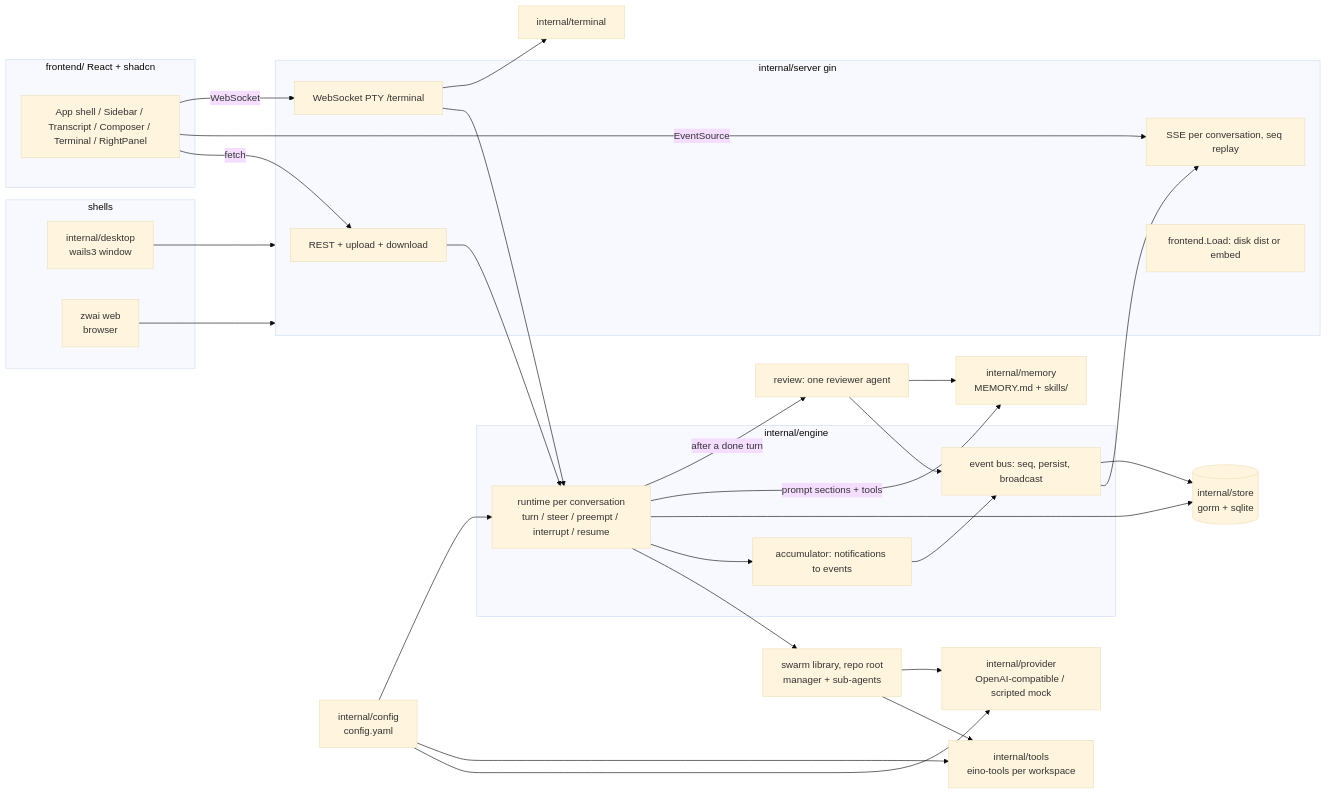
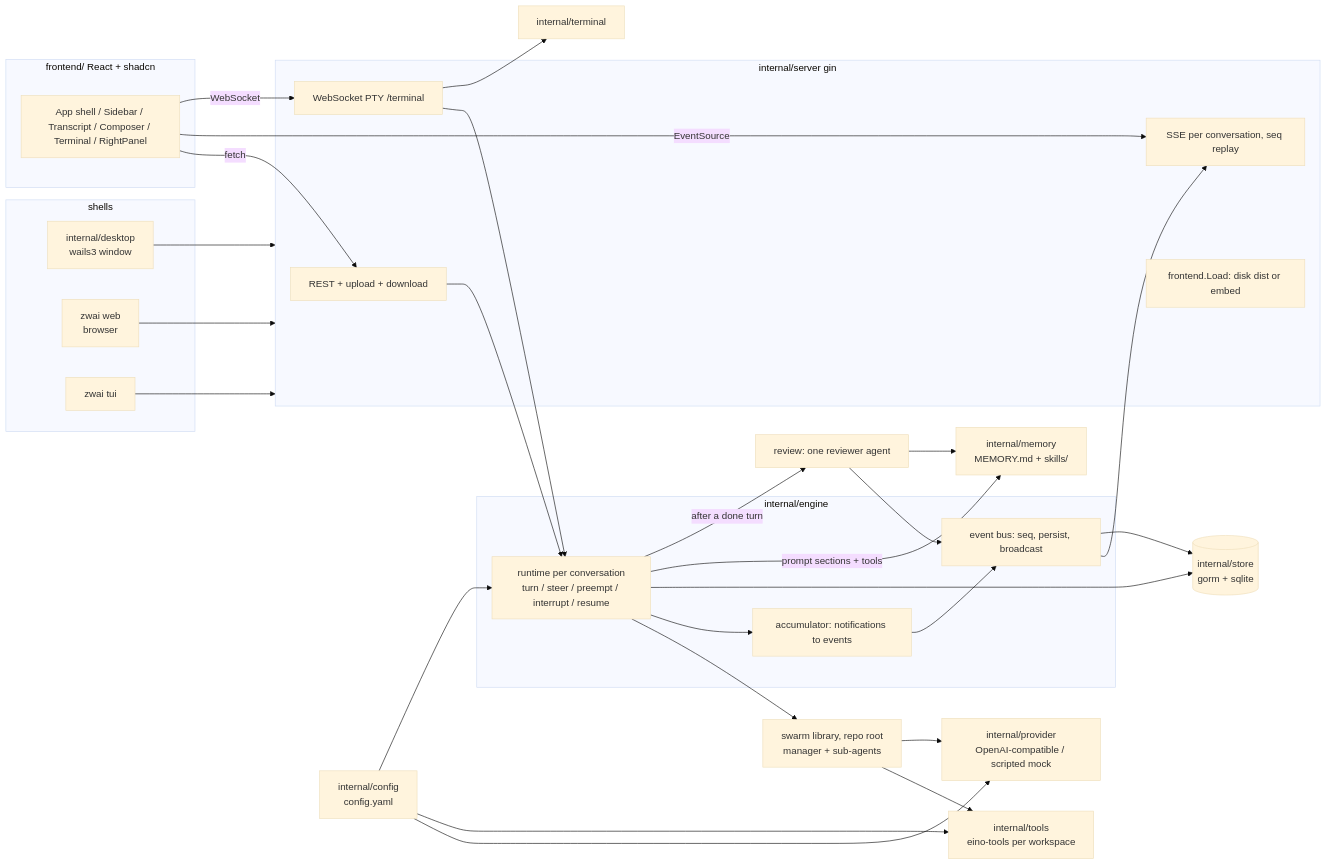
The first of 2 diagrams in ARCHITECTURE.md (LubyRuffy/eino-swarm), drawn with Mermaid (base theme) before and after one commit. The commit also changed other lines of this file and 51 other files, not shown here.

````diff
--- a/ARCHITECTURE.md
+++ b/ARCHITECTURE.md
@@ -9,48 +19,50 @@
 ```mermaid
 flowchart LR
   subgraph shells
     Desktop[internal/desktop<br/>wails3 window]
     Browser[zwai web<br/>browser]
+    TUI[zwai tui]
   end
   subgraph frontend [frontend/ React + shadcn]
     UI[App shell / Sidebar / Transcript / Composer / Terminal / RightPanel]
   end
   subgraph server [internal/server gin]
     REST[REST + upload + download]
     SSE[SSE per conversation, seq replay]
     PTYWS[WebSocket PTY /terminal]
     Static[frontend.Load: disk dist or embed]
   end
   subgraph engine [internal/engine]
     RT[runtime per conversation<br/>turn / steer / preempt / interrupt / resume]
     Bus[event bus: seq, persist, broadcast]
     Acc[accumulator: notifications to events]
   end
   Swarm[swarm library, repo root<br/>manager + sub-agents]
   Tools[internal/tools<br/>eino-tools per workspace]
   Pool[internal/provider<br/>OpenAI-compatible / scripted mock]
   Store[(internal/store<br/>gorm + sqlite)]
   Cfg[internal/config<br/>config.yaml]
 
   Desktop --> server
   Browser --> server
+  TUI --> server
   UI -->|fetch| REST
   UI -->|EventSource| SSE
   UI -->|WebSocket| PTYWS
   REST --> RT
   PTYWS --> RT
   PTYWS --> TermPkg[internal/terminal]
   RT --> Swarm --> Tools
   Swarm --> Pool
   RT --> Acc --> Bus --> SSE
   Bus --> Store
   RT --> Store
   Cfg --> Pool
   Cfg --> Tools
   Cfg --> RT
   Mem[internal/memory<br/>MEMORY.md + skills/]
   RT -->|prompt sections + tools| Mem
   RT -->|after a done turn| Review[review: one reviewer agent]
   Review --> Mem
   Review --> Bus
 ```
````
